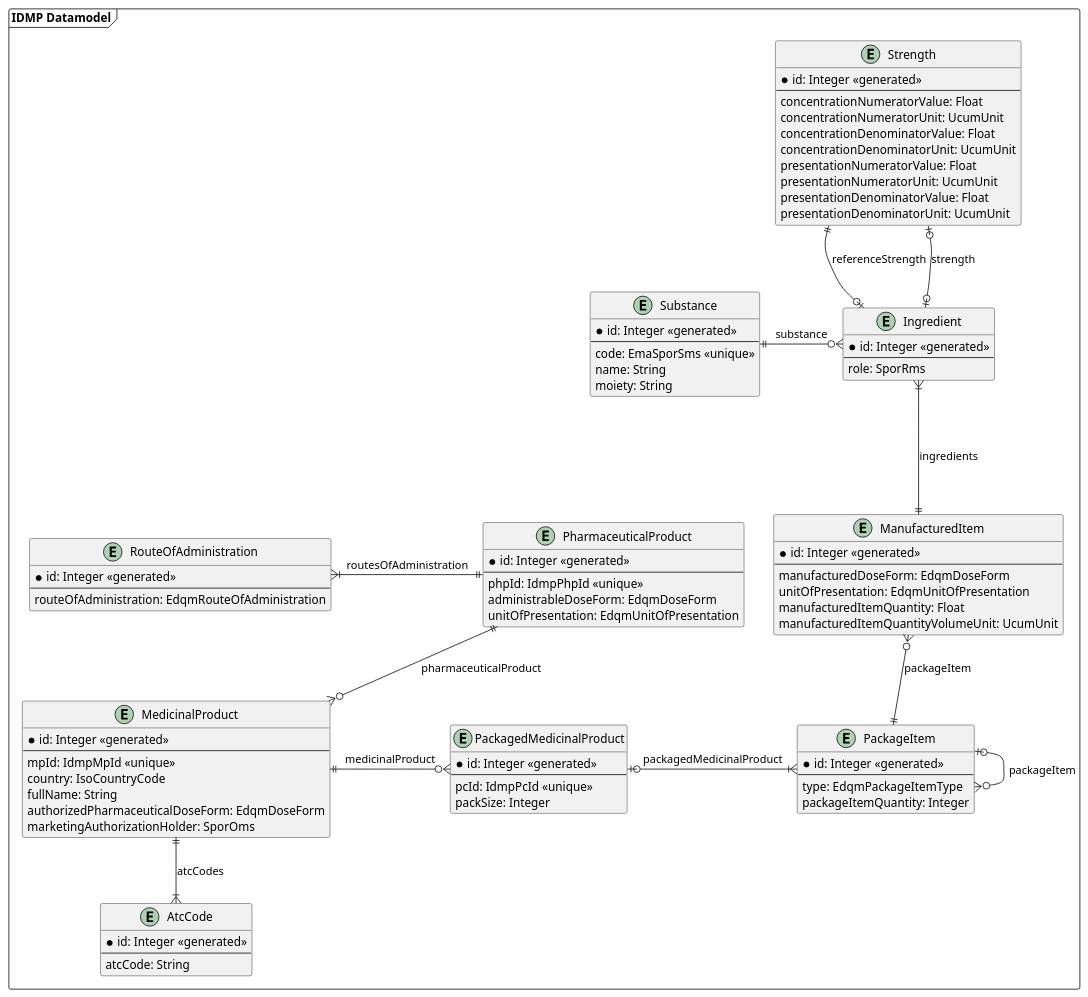
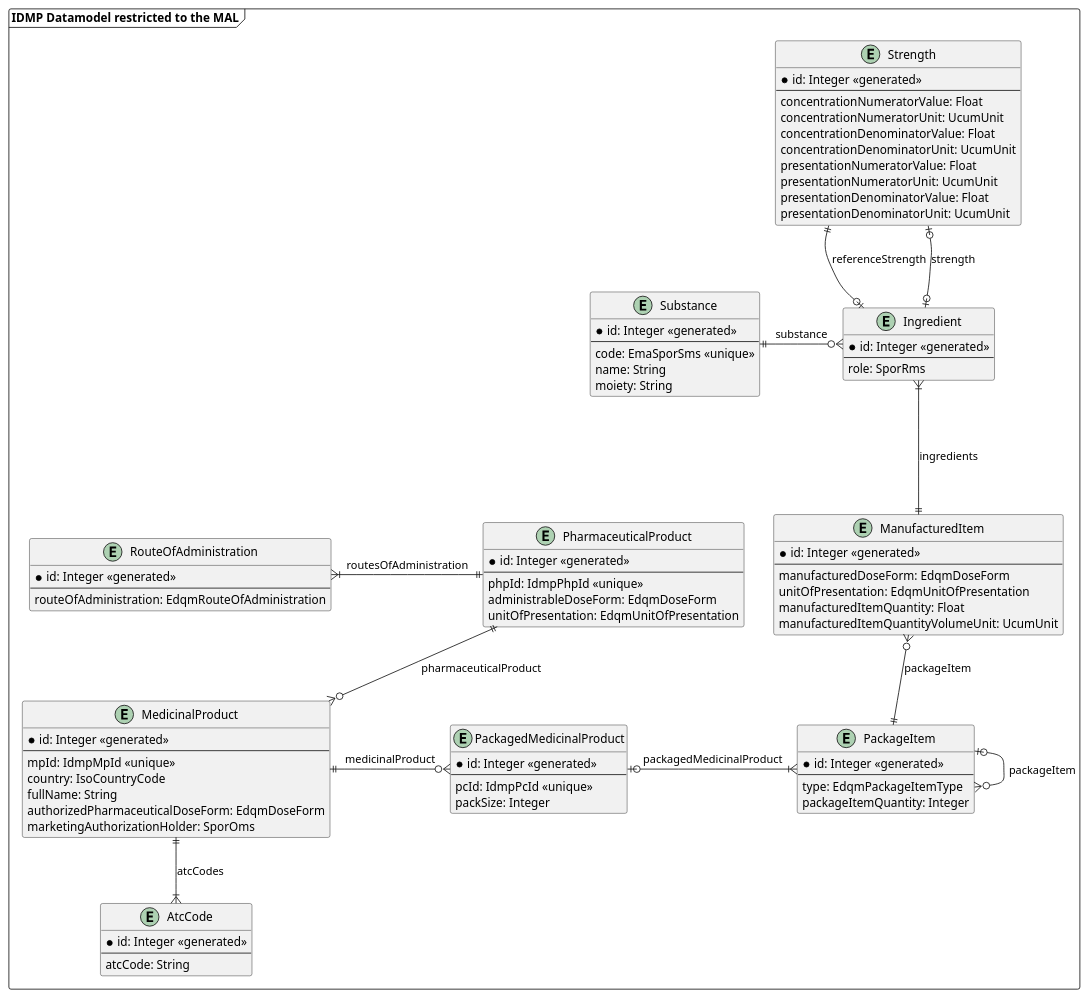
One commit to unicom-project-eu/wp6-db-api changed the diagram in uml/class/datamodel.puml. Above: the diagram before and after it, drawn with PlantUML.

Commit message:
Changed lable of the datamodel

```diff
--- a/uml/class/datamodel.puml
+++ b/uml/class/datamodel.puml
@@ -1,107 +1,107 @@
 @startuml
 'https://plantuml.com/class-diagram
 
-package "IDMP Datamodel" as idmpDatamodel <<frame>> {
+package "IDMP Datamodel restricted to the MAL" as idmpDatamodel <<frame>> {
     entity Strength {
         * id: Integer <<generated>>
         --
         concentrationNumeratorValue: Float
         concentrationNumeratorUnit: UcumUnit
         concentrationDenominatorValue: Float
         concentrationDenominatorUnit: UcumUnit
         presentationNumeratorValue: Float
         presentationNumeratorUnit: UcumUnit
         presentationDenominatorValue: Float
         presentationDenominatorUnit: UcumUnit
     }
 
     together {
         entity Substance {
             * id: Integer <<generated>>
             --
             code: EmaSporSms <<unique>>
             name: String
             moiety: String
         }
 
         entity Ingredient {
             * id: Integer <<generated>>
             --
             role: SporRms
         }
 
         Substance ||-r-o{ Ingredient : "substance"
     }
 
     together {
         entity RouteOfAdministration {
             * id: Integer <<generated>>
             --
             routeOfAdministration: EdqmRouteOfAdministration
         }
 
         entity PharmaceuticalProduct {
             * id: Integer <<generated>>
             --
             phpId: IdmpPhpId <<unique>>
             administrableDoseForm: EdqmDoseForm
             unitOfPresentation: EdqmUnitOfPresentation
         }
     }
 
     entity MedicinalProduct {
         * id: Integer <<generated>>
         --
         mpId: IdmpMpId <<unique>>
         country: IsoCountryCode
         fullName: String
         authorizedPharmaceuticalDoseForm: EdqmDoseForm
         marketingAuthorizationHolder: SporOms
     }
 
     entity AtcCode {
         * id: Integer <<generated>>
         --
         atcCode: String
     }
 
     entity PackagedMedicinalProduct {
         * id: Integer <<generated>>
         --
         pcId: IdmpPcId <<unique>>
         packSize: Integer
     }
 
     entity PackageItem {
         * id: Integer <<generated>>
         --
         type: EdqmPackageItemType
         packageItemQuantity: Integer
     }
 
     entity ManufacturedItem {
         * id: Integer <<generated>>
         --
         manufacturedDoseForm: EdqmDoseForm
         unitOfPresentation: EdqmUnitOfPresentation
         manufacturedItemQuantity: Float
         manufacturedItemQuantityVolumeUnit: UcumUnit
     }
 
     MedicinalProduct ||--|{ AtcCode : "atcCodes"
 
     Strength ||--o| Ingredient : "referenceStrength"
     Strength |o--o| Ingredient : "strength"
 
     ' Ingredient }|---|| PharmaceuticalProduct : "ingredients <<redundant>>"
     Ingredient }|---|| ManufacturedItem : "ingredients"
 
     RouteOfAdministration }|-r-|| PharmaceuticalProduct : "routesOfAdministration"
     PharmaceuticalProduct ||--o{ MedicinalProduct : "pharmaceuticalProduct"
     MedicinalProduct ||-o{ PackagedMedicinalProduct : "medicinalProduct"
     PackagedMedicinalProduct |o-|{ PackageItem : "packagedMedicinalProduct"
     PackageItem |o-o{ PackageItem : "packageItem"
     ManufacturedItem }o--|| PackageItem : "packageItem"
 }
 
 @enduml
```
